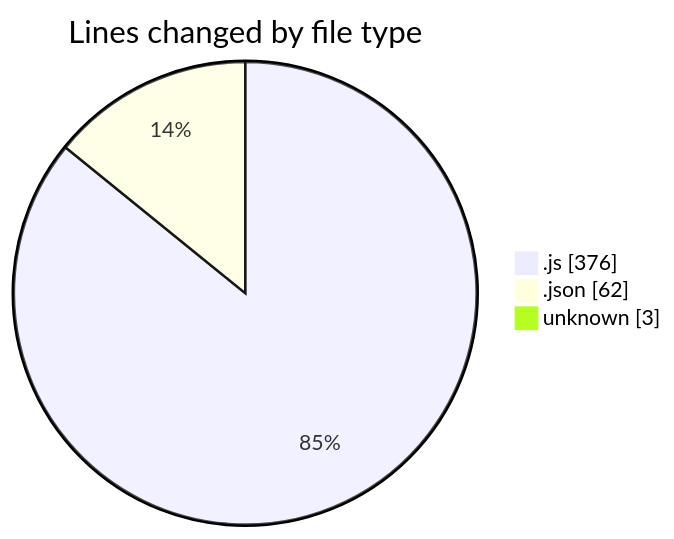
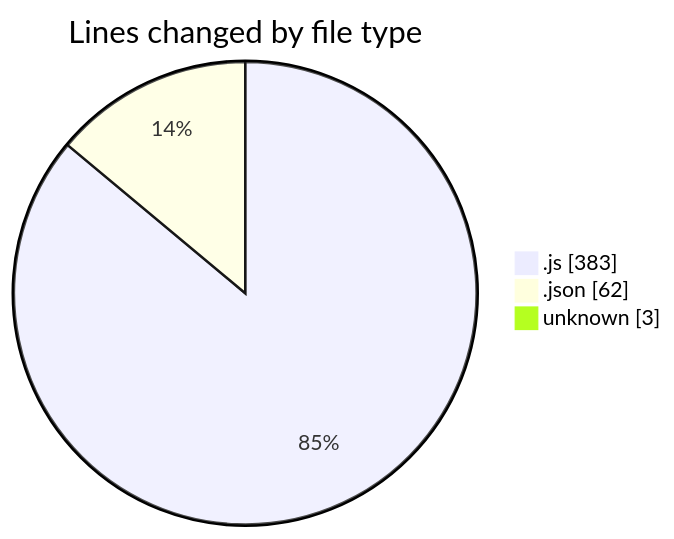
One commit to Ritupan-Deka/code-tracking changed the first of 2 diagrams in 2025-07-02/mern-thinkboard/README.md. Above: the diagram before and after it, drawn with Mermaid. The commit also changed other lines of this file and 1 other file, not shown here.

````diff
--- a/2025-07-02/mern-thinkboard/README.md
+++ b/2025-07-02/mern-thinkboard/README.md
@@ -28,7 +28,7 @@
 ```mermaid
 pie showData
 title Lines changed by file type
-".js" : 376
+".js" : 383
 ".json" : 62
 "unknown" : 3
 ```
````
